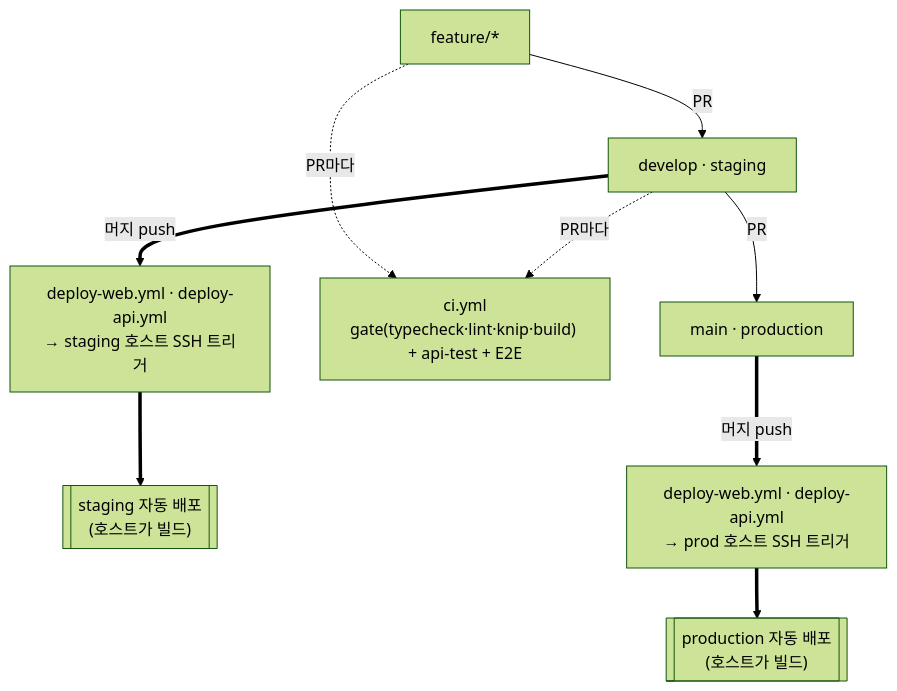
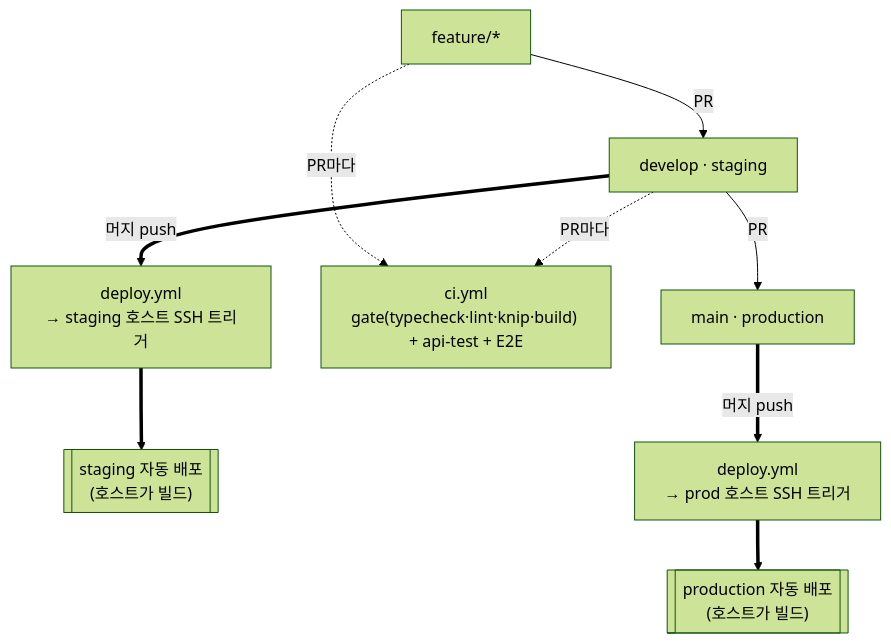
The diagram in README.md (wafflestudio/cse.snu.ac.kr), drawn with Mermaid (forest theme) before and after one commit. The commit also changed other lines of this file and 10 other files, not shown here.

Commit message:
chore(deploy): 배포 워크플로를 deploy.yml 하나로 — 바뀐 쪽만, 백엔드 먼저 웹 다음

````diff
--- a/README.md
+++ b/README.md
@@ -39,12 +39,12 @@
 ```mermaid
 flowchart TD
   feat["feature/*"] -->|"PR"| dev["develop · staging"]
   dev -->|"PR"| main["main · production"]
 
   feat -. "PR마다" .-> ci
   dev -. "PR마다" .-> ci
   ci["ci.yml<br/>gate(typecheck·lint·knip·build) + api-test + E2E"]
 
-  dev ==>|"머지 push"| dstg["deploy-web.yml · deploy-api.yml<br/>→ staging 호스트 SSH 트리거"] ==> stg[["staging 자동 배포<br/>(호스트가 빌드)"]]
-  main ==>|"머지 push"| dprd["deploy-web.yml · deploy-api.yml<br/>→ prod 호스트 SSH 트리거"] ==> prd[["production 자동 배포<br/>(호스트가 빌드)"]]
+  dev ==>|"머지 push"| dstg["deploy.yml<br/>→ staging 호스트 SSH 트리거"] ==> stg[["staging 자동 배포<br/>(호스트가 빌드)"]]
+  main ==>|"머지 push"| dprd["deploy.yml<br/>→ prod 호스트 SSH 트리거"] ==> prd[["production 자동 배포<br/>(호스트가 빌드)"]]
 ```
````
